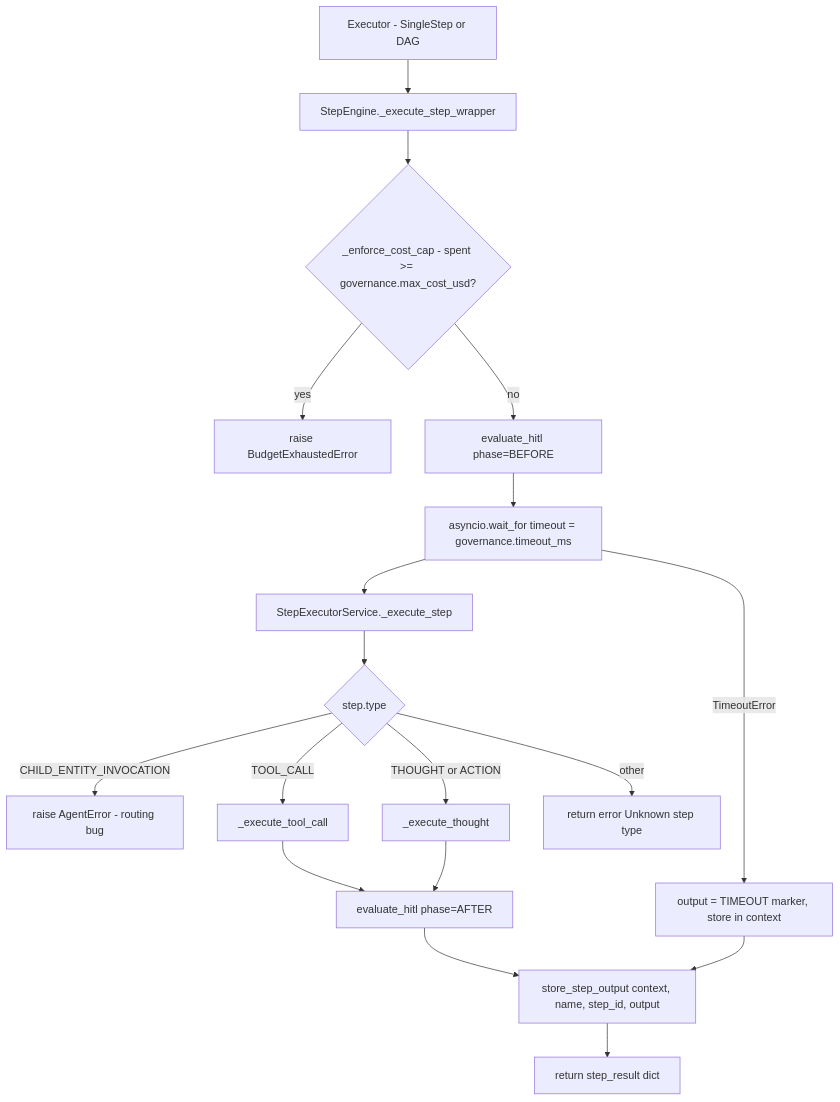
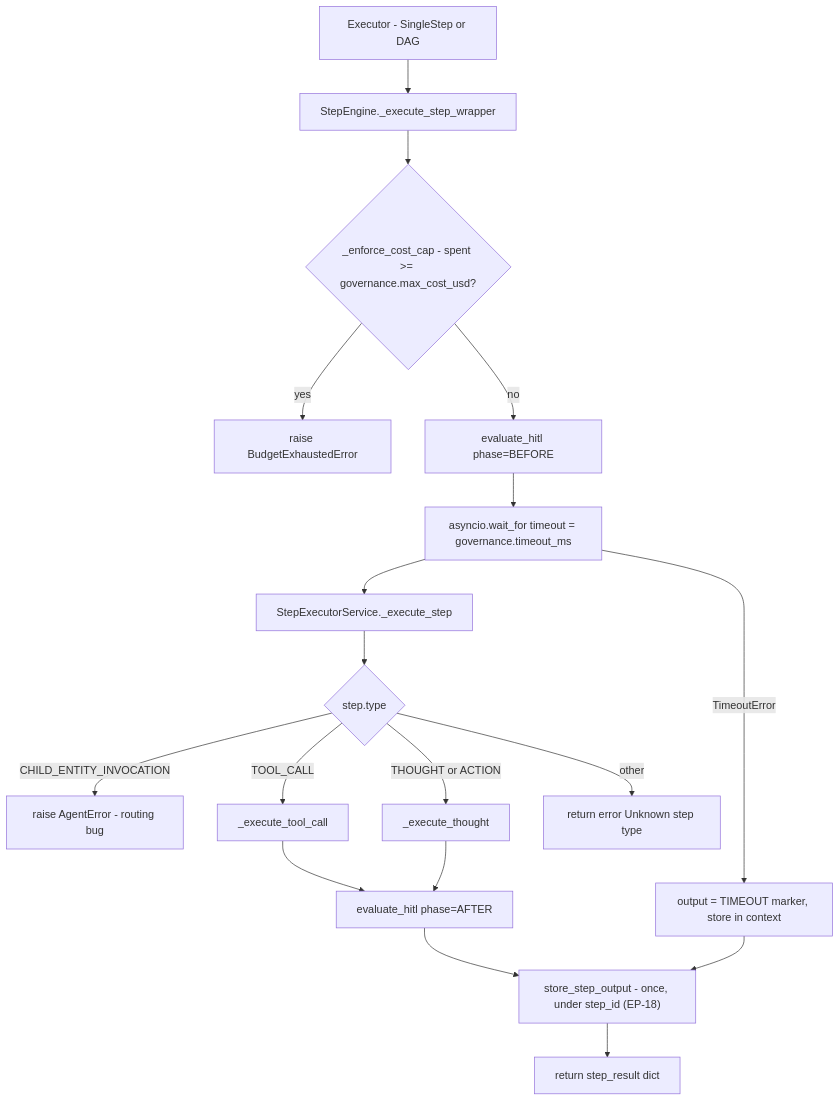
The tenth of 20 diagrams in docs/current/06-execution-pipeline.md (gondolerahul/hire-buddha-app), drawn with Mermaid before and after one commit. The commit also changed other lines of this file and 9 other files, not shown here.

````diff
--- a/docs/current/06-execution-pipeline.md
+++ b/docs/current/06-execution-pipeline.md
@@ -1157,19 +1157,19 @@
 ```mermaid
 flowchart TD
     START["Executor - SingleStep or DAG"] --> WRAP["StepEngine._execute_step_wrapper"]
     WRAP --> CAP{"_enforce_cost_cap - spent >= governance.max_cost_usd?"}
     CAP -- yes --> RAISE["raise BudgetExhaustedError"]
     CAP -- no --> HITLB["evaluate_hitl phase=BEFORE"]
     HITLB --> TO["asyncio.wait_for timeout = governance.timeout_ms"]
     TO --> DISPATCH["StepExecutorService._execute_step"]
     DISPATCH --> T1{"step.type"}
     T1 -- CHILD_ENTITY_INVOCATION --> ERR["raise AgentError - routing bug"]
     T1 -- TOOL_CALL --> TC["_execute_tool_call"]
     T1 -- THOUGHT or ACTION --> TH["_execute_thought"]
     T1 -- other --> UNK["return error Unknown step type"]
     TO -- TimeoutError --> TOUT["output = TIMEOUT marker, store in context"]
     TC & TH --> HITLA["evaluate_hitl phase=AFTER"]
-    HITLA --> STORE["store_step_output context, name, step_id, output"]
+    HITLA --> STORE["store_step_output - once, under step_id (EP-18)"]
     TOUT --> STORE
     STORE --> RET["return step_result dict"]
 ```
````
